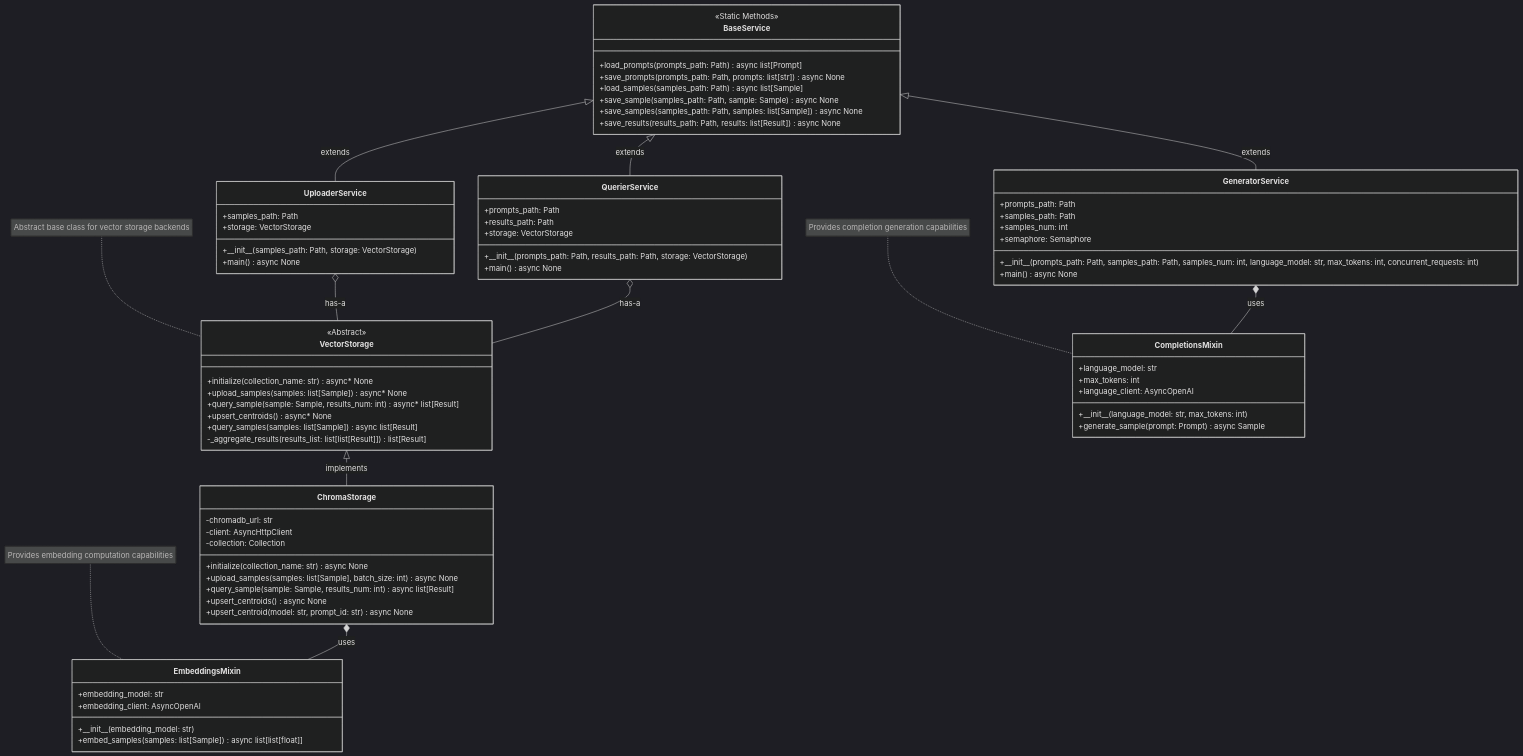
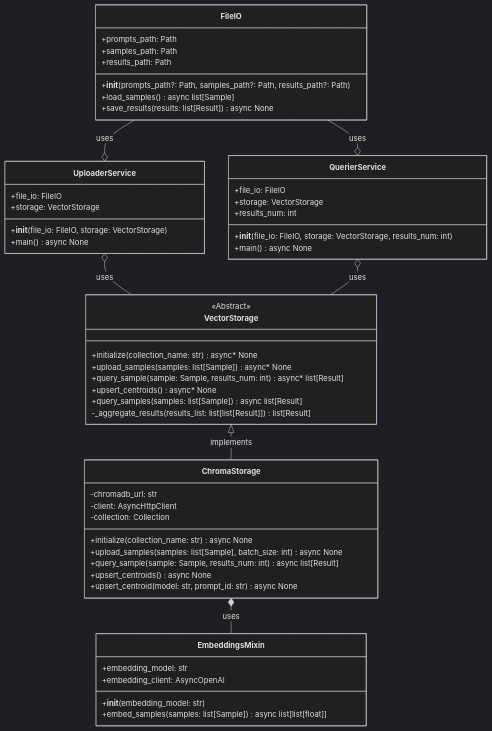
One commit to S1M0N38/llm-fingerprint changed the fourth of 7 diagrams in CONTRIBUTING.md. Above: the diagram before and after it, drawn with Mermaid (dark theme). The commit also changed other lines of this file, not shown here.

Commit message:
docs(CONTRIBUTING): update diagrams

````diff
--- a/CONTRIBUTING.md
+++ b/CONTRIBUTING.md
@@ -155,5 +213,14 @@
 ```mermaid
 classDiagram
+    class FileIO {
+        +prompts_path: Path
+        +samples_path: Path
+        +results_path: Path
+        +__init__(prompts_path?: Path, samples_path?: Path, results_path?: Path)
+        +load_samples() async list[Sample]
+        +save_results(results: list[Result]) async None
+    }
+
     class VectorStorage {
         <<Abstract>>
         +initialize(collection_name: str) async* None
@@ -161,7 +228,7 @@
         +query_sample(sample: Sample, results_num: int) async* list[Result]
         +upsert_centroids() async* None
         +query_samples(samples: list[Sample]) async list[Result]
-        -&lowbar;aggregate&lowbar;results(results_list: list[list[Result]]) list[Result]
+        -_aggregate_results(results_list: list[list[Result]]) list[Result]
     }
 
     class ChromaStorage {
@@ -175,65 +242,33 @@
         +upsert_centroid(model: str, prompt_id: str) async None
     }
 
-    class CompletionsMixin {
-        +language_model: str
-        +max_tokens: int
-        +language_client: AsyncOpenAI
-        +&lowbar;&lowbar;init&lowbar;&lowbar;(language_model: str, max_tokens: int)
-        +generate_sample(prompt: Prompt) async Sample
-    }
-
     class EmbeddingsMixin {
         +embedding_model: str
         +embedding_client: AsyncOpenAI
-        +&lowbar;&lowbar;init&lowbar;&lowbar;(embedding_model: str)
+        +__init__(embedding_model: str)
         +embed_samples(samples: list[Sample]) async list[list[float]]
     }
 
-    class BaseService {
-        <<Static Methods>>
-        +load_prompts(prompts_path: Path) async list[Prompt]
-        +save_prompts(prompts_path: Path, prompts: list[str]) async None
-        +load_samples(samples_path: Path) async list[Sample]
-        +save_sample(samples_path: Path, sample: Sample) async None
-        +save_samples(samples_path: Path, samples: list[Sample]) async None
-        +save_results(results_path: Path, results: list[Result]) async None
-    }
-
-    class GeneratorService {
-        +prompts_path: Path
-        +samples_path: Path
-        +samples_num: int
-        +semaphore: Semaphore
-        +&lowbar;&lowbar;init&lowbar;&lowbar;(prompts_path: Path, samples_path: Path, samples_num: int, language_model: str, max_tokens: int, concurrent_requests: int)
-        +main() async None
-    }
 
     class UploaderService {
-        +samples_path: Path
+        +file_io: FileIO
         +storage: VectorStorage
-        +&lowbar;&lowbar;init&lowbar;&lowbar;(samples_path: Path, storage: VectorStorage)
+        +__init__(file_io: FileIO, storage: VectorStorage)
         +main() async None
     }
 
     class QuerierService {
-        +prompts_path: Path
-        +results_path: Path
+        +file_io: FileIO
         +storage: VectorStorage
-        +&lowbar;&lowbar;init&lowbar;&lowbar;(prompts_path: Path, results_path: Path, storage: VectorStorage)
+        +results_num: int
+        +__init__(file_io: FileIO, storage: VectorStorage, results_num: int)
         +main() async None
     }
 
+    FileIO --o UploaderService : uses
+    FileIO --o QuerierService : uses
     VectorStorage <|-- ChromaStorage : implements
     ChromaStorage *-- EmbeddingsMixin : uses
-    GeneratorService *-- CompletionsMixin : uses
-    BaseService <|-- GeneratorService : extends
-    BaseService <|-- UploaderService : extends
-    BaseService <|-- QuerierService : extends
-    UploaderService o-- VectorStorage : has-a
-    QuerierService o-- VectorStorage : has-a
-
-    note for VectorStorage "Abstract base class for vector storage backends"
-    note for EmbeddingsMixin "Provides embedding computation capabilities"
-    note for CompletionsMixin "Provides completion generation capabilities"
+    UploaderService o-- VectorStorage : uses
+    QuerierService o-- VectorStorage : uses
 ```
````
